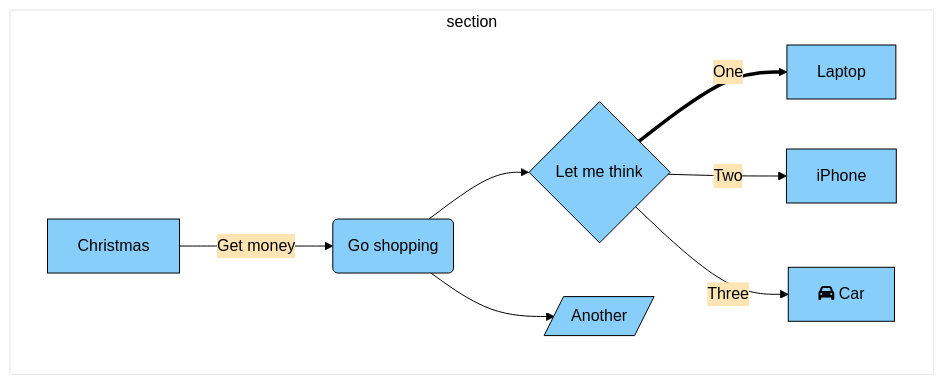
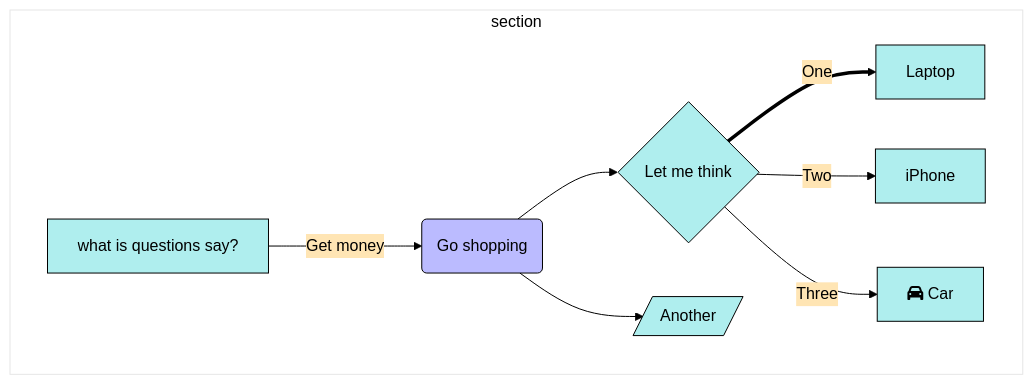
One commit to Yin-Tzu/Learning_ML changed the third of 3 diagrams in question_type.md. Above: the diagram before and after it, drawn with Mermaid.

````diff
--- a/question_type.md
+++ b/question_type.md
@@ -31,24 +31,25 @@
 ```mermaid
 %%{
   init: {
     'theme': 'base',
     'themeVariables': {
-      'primaryColor': '#87CEFA',
+      'primaryColor': '#AFEEEE',
       'primaryTextColor': '#000000',
       'primaryBorderColor': '#000000',
       'lineColor': '#000000',
       'secondaryColor': '#FFE5B4',
       'tertiaryColor': '#fff'
     }
   }
 }%%
         graph TD
           subgraph section
-          A[Christmas] -->|Get money| B(Go shopping)
+          A[what is questions say?] -->|Get money| B(Go shopping)
           B --> C{Let me think}
           B --> G[/Another/]
           C ==>|One| D[Laptop]
           C -->|Two| E[iPhone]
           C -->|Three| F[fa:fa-car Car]
+          style B fill:#bbf
           end
 ```
````
